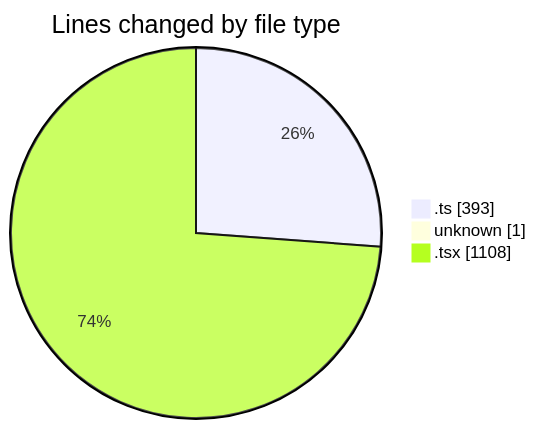
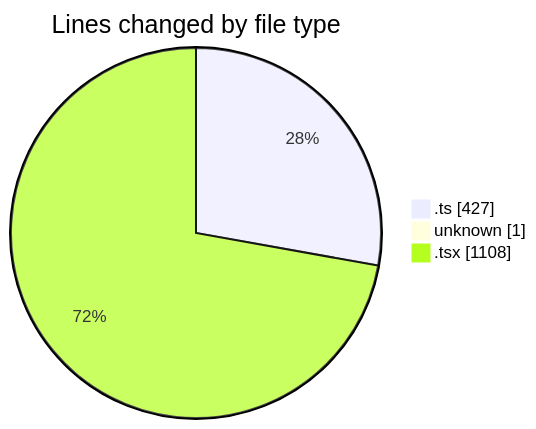
One commit to robertbonfada/code-tracking changed the first of 2 diagrams in 2025-02-17/mbc-web/README.md. Above: the diagram before and after it, drawn with Mermaid. The commit also changed other lines of this file and 1 other file, not shown here.

````diff
--- a/2025-02-17/mbc-web/README.md
+++ b/2025-02-17/mbc-web/README.md
@@ -27,7 +28,7 @@
 ```mermaid
 pie showData
 title Lines changed by file type
-".ts" : 393
+".ts" : 427
 "unknown" : 1
 ".tsx" : 1108
 ```
````
